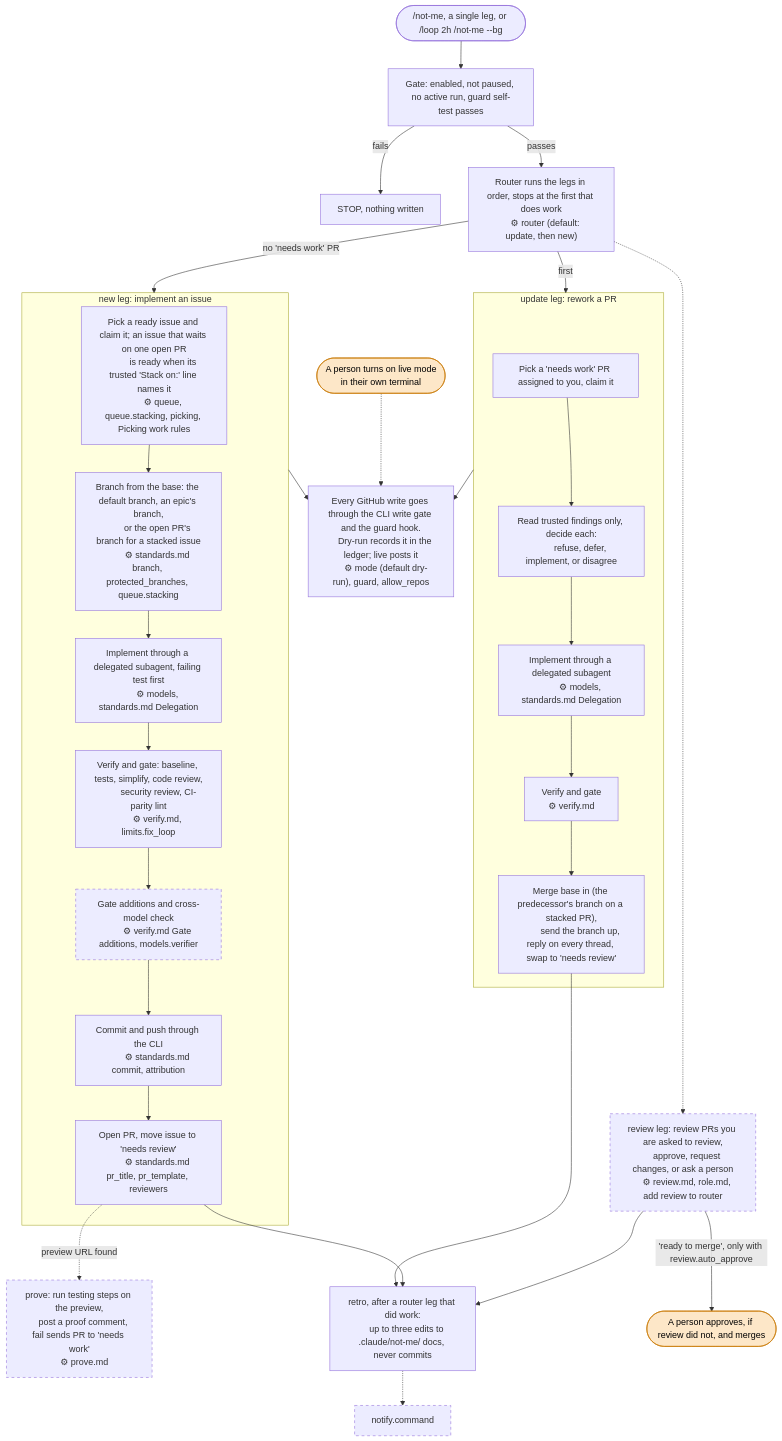
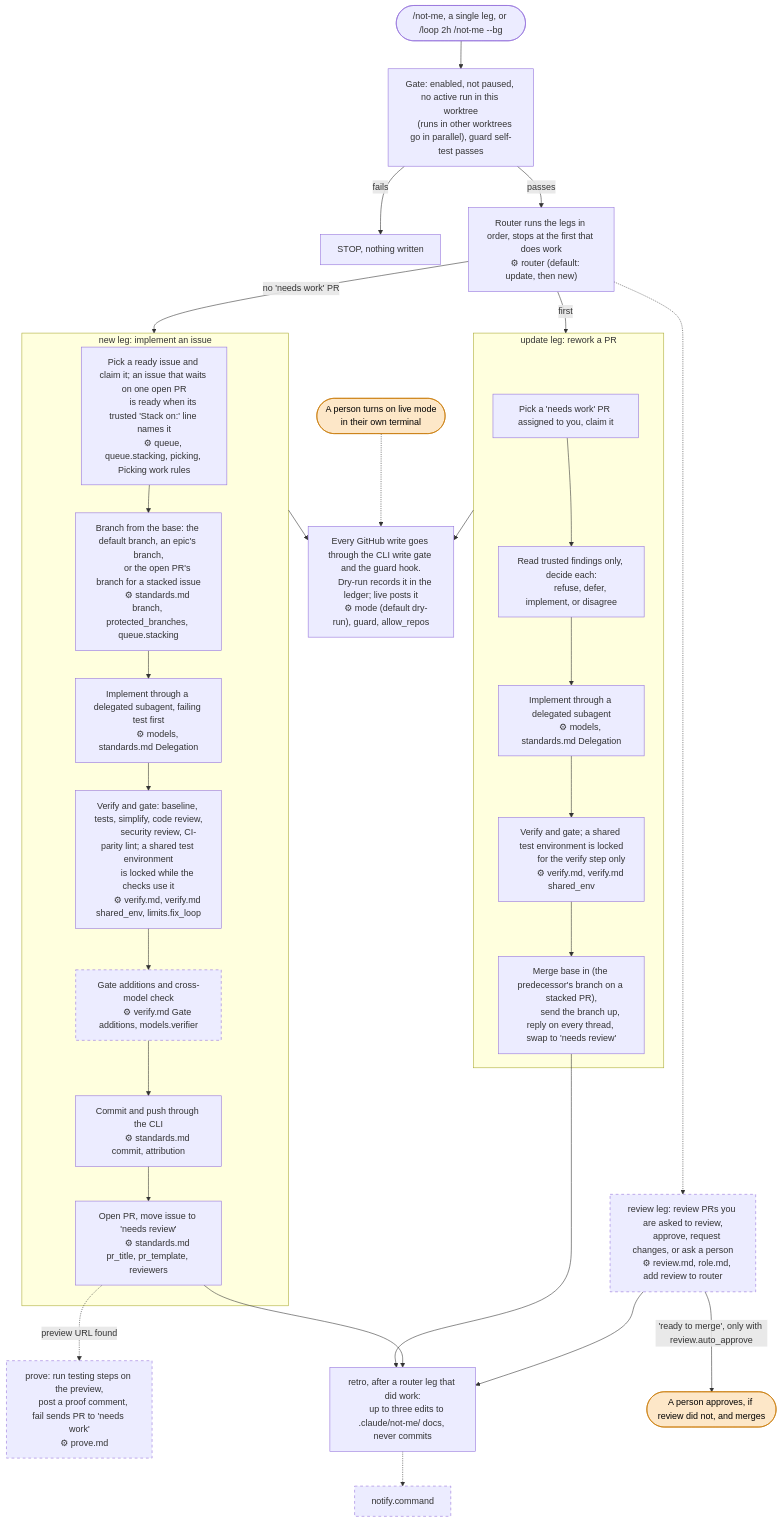
One commit to dblanken-yale/not-me changed the diagram in README.md. Above: the diagram before and after it, drawn with Mermaid. The commit also changed 23 other files, not shown here.

First line of the commit message:
fix(136): run not-me in parallel worktrees; lock only a shared test environment

````diff
--- a/README.md
+++ b/README.md
@@ -42,7 +42,8 @@
 ```mermaid
 flowchart TD
     trigger(["/not-me, a single leg, or /loop 2h /not-me --bg"])
-    gate["Gate: enabled, not paused, no active run, guard self-test passes"]
+    gate["Gate: enabled, not paused, no active run in this worktree
+    (runs in other worktrees go in parallel), guard self-test passes"]
     stopped["STOP, nothing written"]
     router["Router runs the legs in order, stops at the first that does work
     ⚙ router (default: update, then new)"]
@@ -57,8 +58,9 @@
         refuse, defer, implement, or disagree"]
         u3["Implement through a delegated subagent
         ⚙ models, standards.md Delegation"]
-        u4["Verify and gate
-        ⚙ verify.md"]
+        u4["Verify and gate; a shared test environment is locked
+        for the verify step only
+        ⚙ verify.md, verify.md shared_env"]
         u5["Merge base in (the predecessor's branch on a stacked PR),
         send the branch up, reply on every thread, swap to 'needs review'"]
         u1 --> u2 --> u3 --> u4 --> u5
@@ -74,8 +76,9 @@
         n3["Implement through a delegated subagent, failing test first
         ⚙ models, standards.md Delegation"]
         n4["Verify and gate: baseline, tests, simplify, code review,
-        security review, CI-parity lint
-        ⚙ verify.md, limits.fix_loop"]
+        security review, CI-parity lint; a shared test environment
+        is locked while the checks use it
+        ⚙ verify.md, verify.md shared_env, limits.fix_loop"]
         n4b["Gate additions and cross-model check
         ⚙ verify.md Gate additions, models.verifier"]
         n5["Commit and push through the CLI
````
